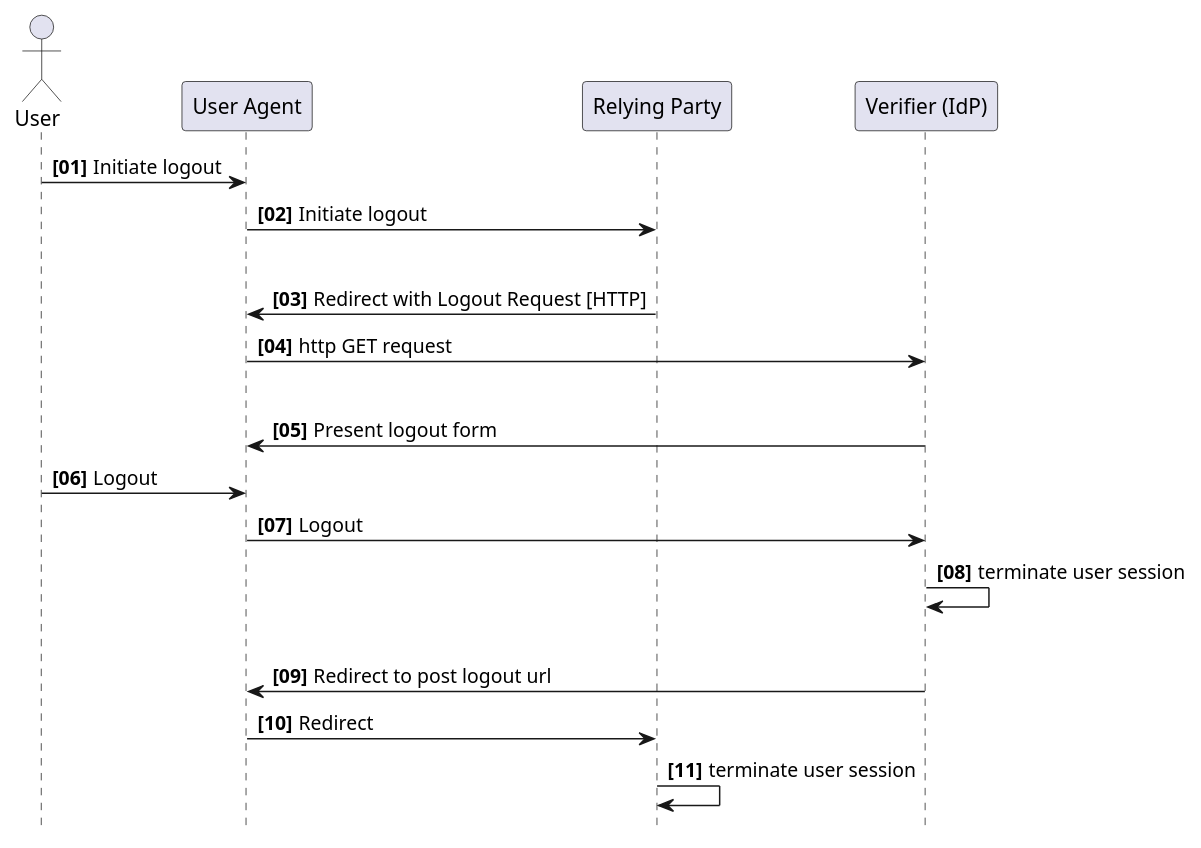
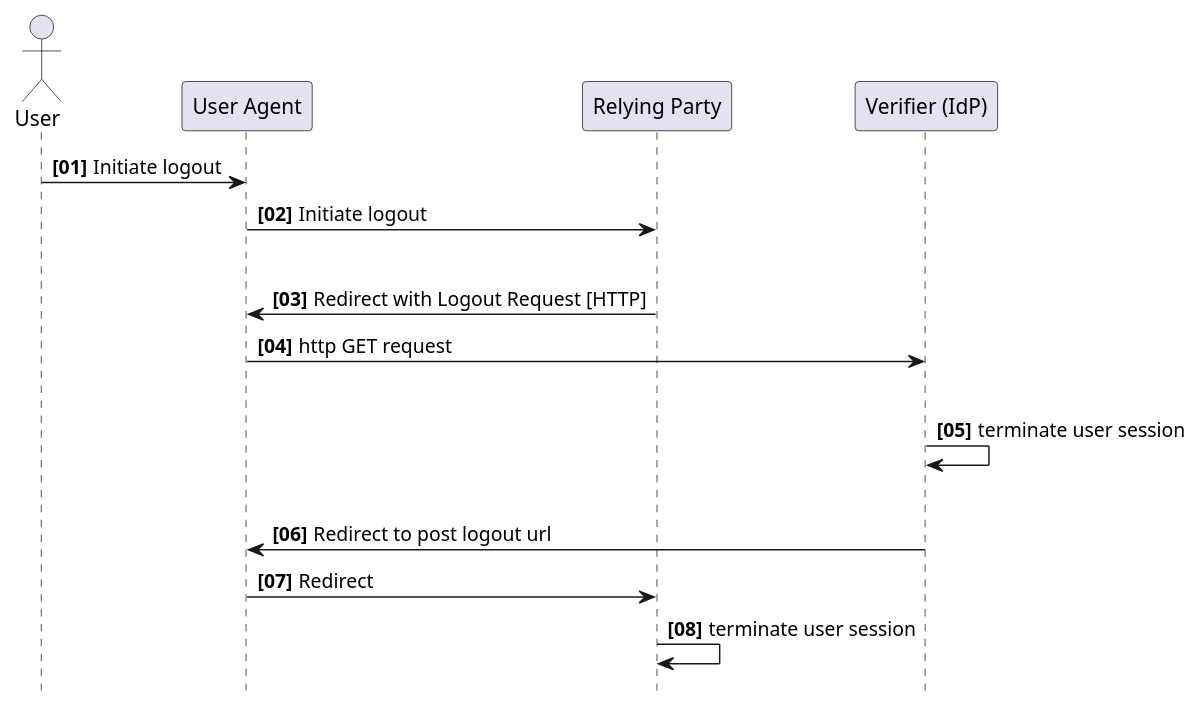
One commit to ehealthsuisse/ch-epr-fhir changed the diagram in input/images-source/OpenID-Logout.plantuml. Above: the diagram before and after it, drawn with PlantUML. The commit also changed 1 other file, not shown here.

Commit message:
finalized logout flow

```diff
--- a/input/images-source/OpenID-Logout.plantuml
+++ b/input/images-source/OpenID-Logout.plantuml
@@ -1,36 +1,31 @@
 @startuml
 skinparam responseMessageBelowArrow true
 hide footbox
 
 actor User 
 participant "User Agent" as UI
 participant "Relying Party" as RP
 participant "Verifier (IdP)" as IdP
 
 autonumber 1 1 "<b>[00]"
 
 User -> UI: Initiate logout
 UI -> RP: Initiate logout
 
 |||
 
 RP -> UI: Redirect with Logout Request [HTTP]
 UI -> IdP: http GET request 
 
 |||
-
-IdP -> UI: Present logout form
-User -> UI: Logout
-UI -> IdP: Logout
 IdP -> IdP: terminate user session
-
 |||
 
 IdP -> UI: Redirect to post logout url
 UI -> RP: Redirect
 
 RP -> RP: terminate user session
 
 autonumber stop
 
 @enduml
```
